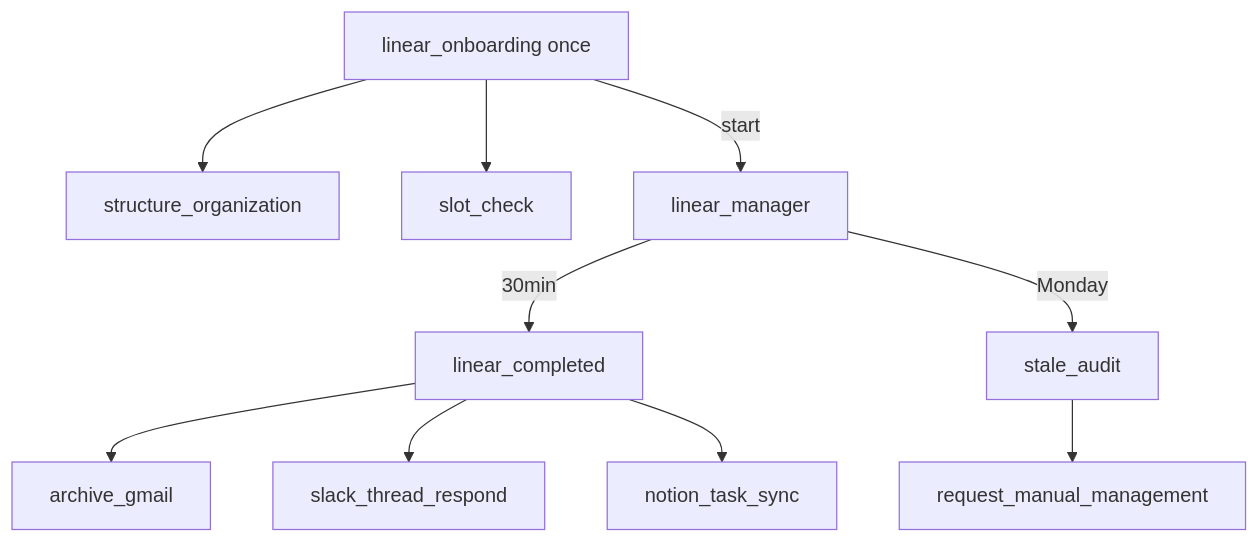
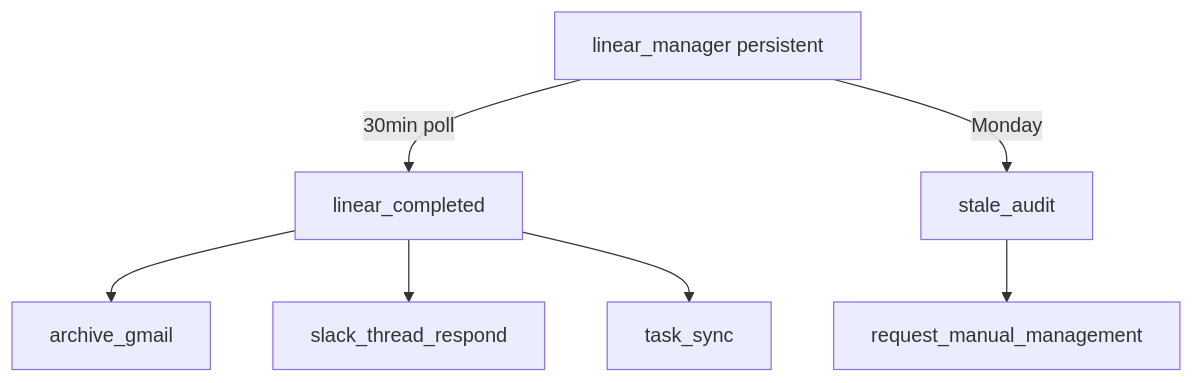
One commit to NickyHeC/4r7a changed the first of 2 diagrams in docs/agents/engineering.md. Above: the diagram before and after it, drawn with Mermaid. The commit also changed other lines of this file and 97 other files, not shown here.

````diff
--- a/docs/agents/engineering.md
+++ b/docs/agents/engineering.md
@@ -75,12 +19,9 @@
 ```mermaid
 flowchart TD
-  ON[linear_onboarding once] --> SO[structure_organization]
-  ON --> SC[slot_check]
-  ON -->|start| LM[linear_manager]
-  LM -->|30min| LC[linear_completed]
+  LM[linear_manager persistent] -->|30min poll| LC[linear_completed]
   LM -->|Monday| SA[stale_audit]
   SA --> RMM[request_manual_management]
   LC --> AG[archive_gmail]
   LC --> STR[slack_thread_respond]
-  LC --> NT[notion_task_sync]
+  LC --> NT[task_sync]
 ```
````
